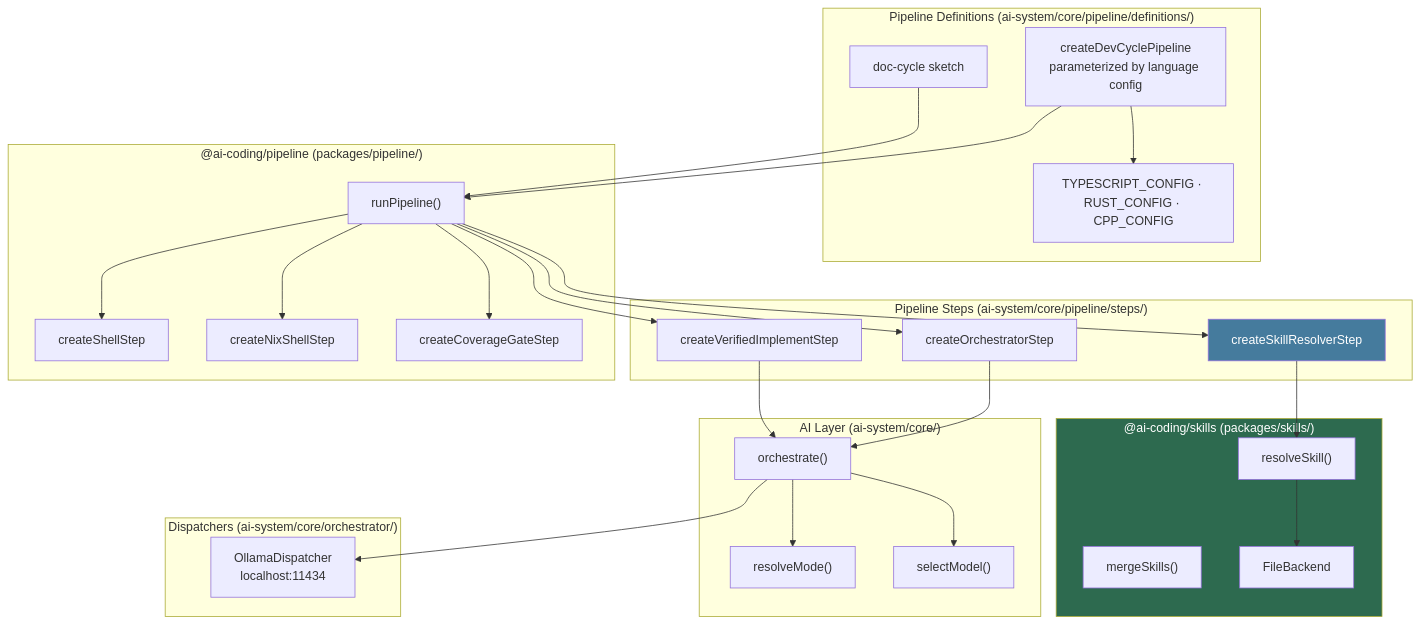
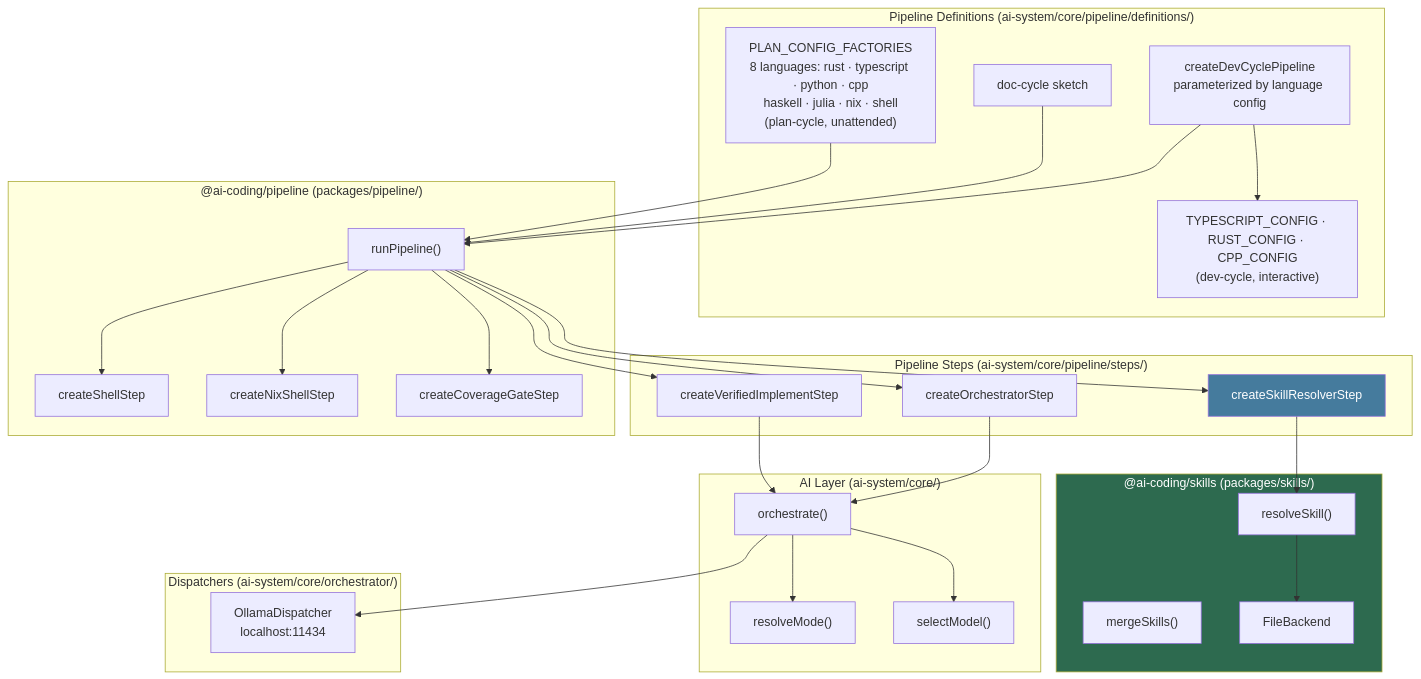
The first of 3 diagrams in docs/architecture.md (vansweej/ai-coding), drawn with Mermaid before and after one commit. The commit also changed other lines of this file and 8 other files, not shown here.

````diff
--- a/docs/architecture.md
+++ b/docs/architecture.md
@@ -15,60 +15,62 @@
 ```mermaid
 graph TD
     subgraph Definitions["Pipeline Definitions (ai-system/core/pipeline/definitions/)"]
         Dev["createDevCyclePipeline\nparameterized by language config"]
-        Lang["TYPESCRIPT_CONFIG · RUST_CONFIG · CPP_CONFIG"]
+        Lang["TYPESCRIPT_CONFIG · RUST_CONFIG · CPP_CONFIG\n(dev-cycle, interactive)"]
+        PlanFactories["PLAN_CONFIG_FACTORIES\n8 languages: rust · typescript · python · cpp\nhaskell · julia · nix · shell\n(plan-cycle, unattended)"]
         Doc["doc-cycle sketch"]
     end
 
     subgraph PipelineSteps["Pipeline Steps (ai-system/core/pipeline/steps/)"]
         OrcStep["createOrchestratorStep"]
         SkillStep["createSkillResolverStep"]
         VerifyStep["createVerifiedImplementStep"]
     end
 
     subgraph SkillsPkg["@ai-coding/skills (packages/skills/)"]
         ResolveSkill["resolveSkill()"]
         MergeSkills["mergeSkills()"]
         FileBack["FileBackend"]
     end
 
     subgraph PipelinePkg["@ai-coding/pipeline (packages/pipeline/)"]
         Runner["runPipeline()"]
         ShellStep["createShellStep"]
         NixStep["createNixShellStep"]
         CoverageGate["createCoverageGateStep"]
     end
 
     subgraph AILayer["AI Layer (ai-system/core/)"]
         Orchestrator["orchestrate()"]
         ModeRouter["resolveMode()"]
         ModelRouter["selectModel()"]
     end
 
     subgraph Dispatchers["Dispatchers (ai-system/core/orchestrator/)"]
         Ollama["OllamaDispatcher\nlocalhost:11434"]
     end
 
     Dev --> Lang
     Dev --> Runner
     Doc --> Runner
+    PlanFactories --> Runner
 
     Runner --> OrcStep
     Runner --> SkillStep
     Runner --> VerifyStep
     Runner --> ShellStep
     Runner --> NixStep
     Runner --> CoverageGate
 
     SkillStep --> ResolveSkill
     ResolveSkill --> FileBack
 
     OrcStep --> Orchestrator
     VerifyStep --> Orchestrator
     Orchestrator --> ModeRouter
     Orchestrator --> ModelRouter
     Orchestrator --> Ollama
 
     style SkillsPkg fill:#2d6a4f,color:#fff
     style SkillStep fill:#457b9d,color:#fff
 ```
````
